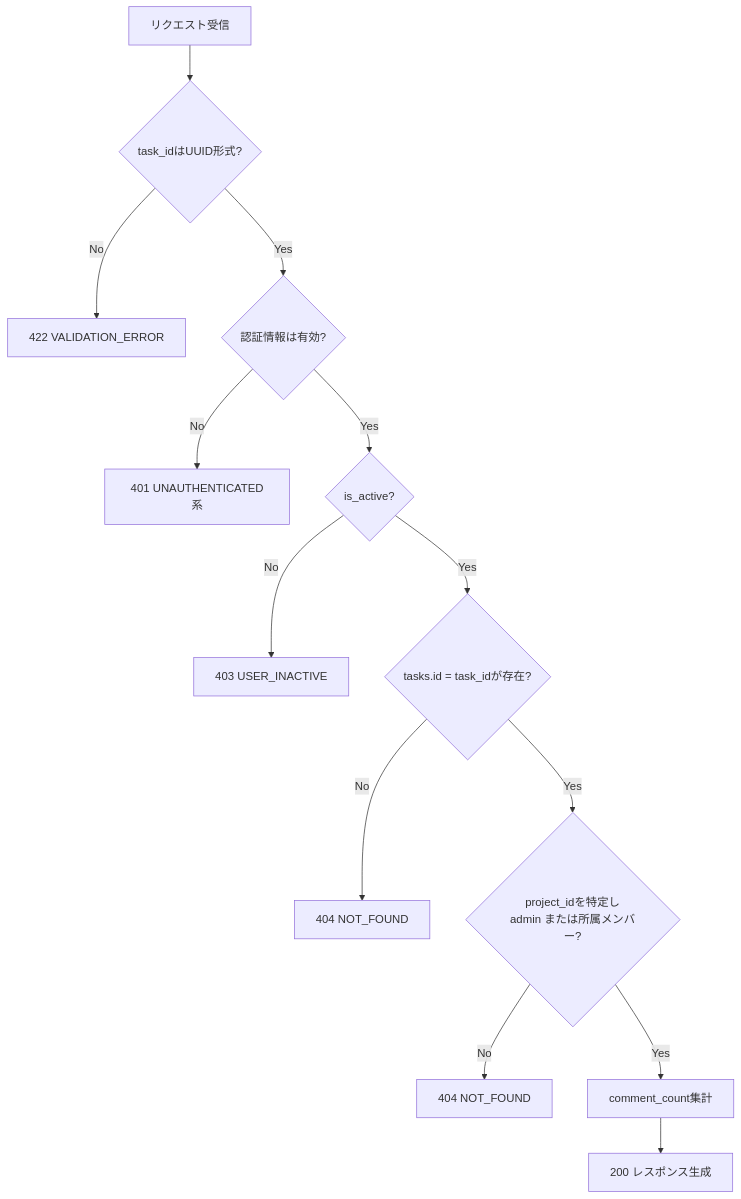
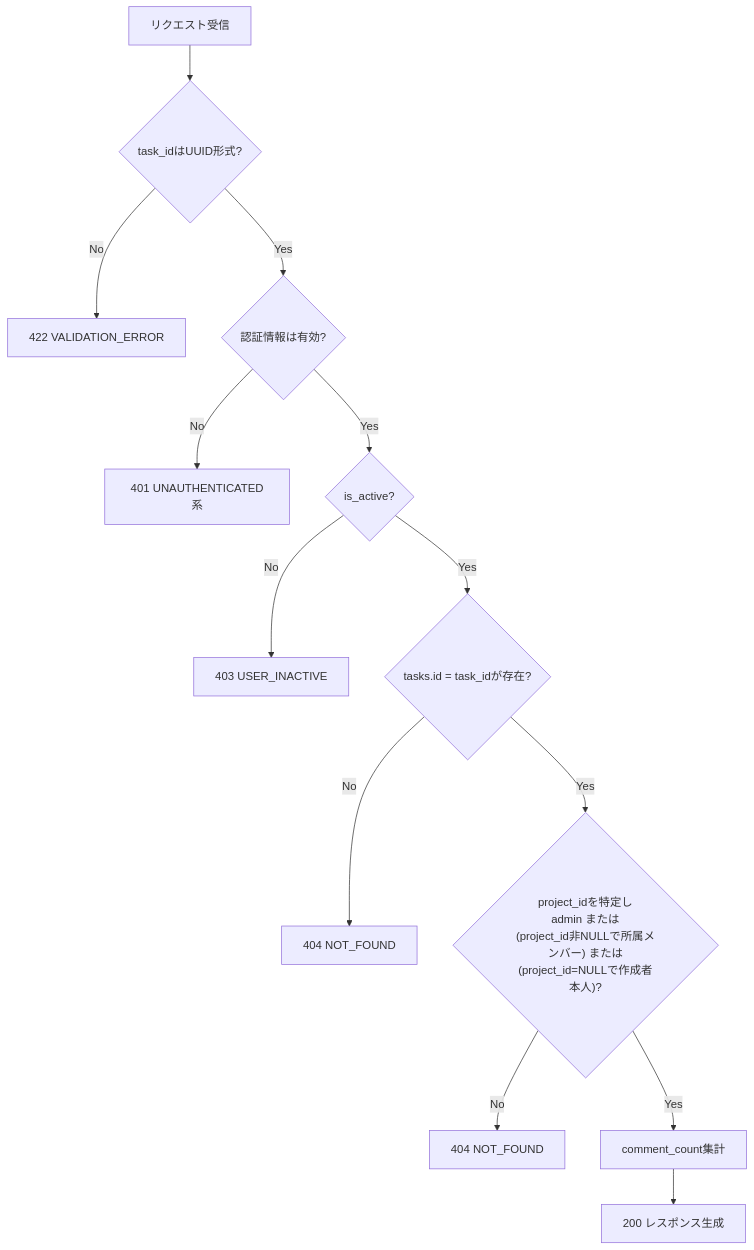
The second of 4 diagrams in detailed_design/api/tasks/03_get_task.md (oikawa-d/task_management), drawn with Mermaid before and after one commit. The commit also changed other lines of this file and 25 other files, not shown here.

````diff
--- a/detailed_design/api/tasks/03_get_task.md
+++ b/detailed_design/api/tasks/03_get_task.md
@@ -138,15 +148,15 @@
 ```mermaid
 flowchart TB
     A["リクエスト受信"] --> B{"task_idはUUID形式?"}
     B -->|"No"| E422["422 VALIDATION_ERROR"]
     B -->|"Yes"| C{"認証情報は有効?"}
     C -->|"No"| E401["401 UNAUTHENTICATED系"]
     C -->|"Yes"| D{"is_active?"}
     D -->|"No"| E403["403 USER_INACTIVE"]
     D -->|"Yes"| F{"tasks.id = task_idが存在?"}
     F -->|"No"| E404a["404 NOT_FOUND"]
-    F -->|"Yes"| G{"project_idを特定し<br/>admin または所属メンバー?"}
+    F -->|"Yes"| G{"project_idを特定し<br/>admin または<br/>(project_id非NULLで所属メンバー) または<br/>(project_id=NULLで作成者本人)?"}
     G -->|"No"| E404b["404 NOT_FOUND"]
     G -->|"Yes"| H["comment_count集計"]
     H --> I["200 レスポンス生成"]
 ```
````
